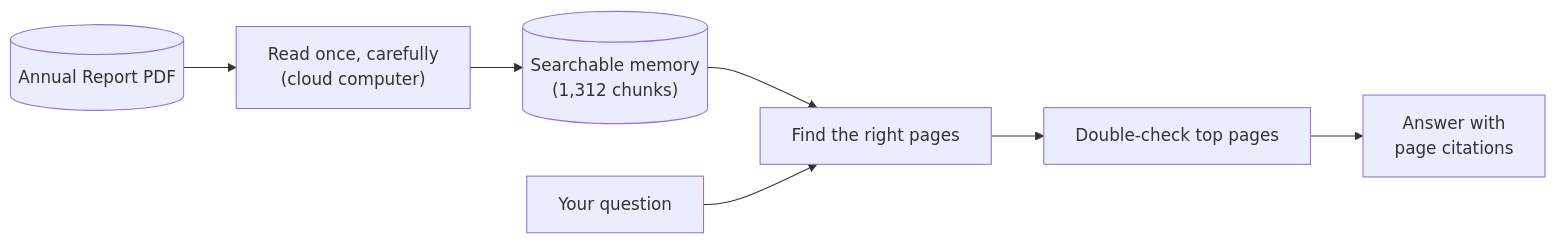
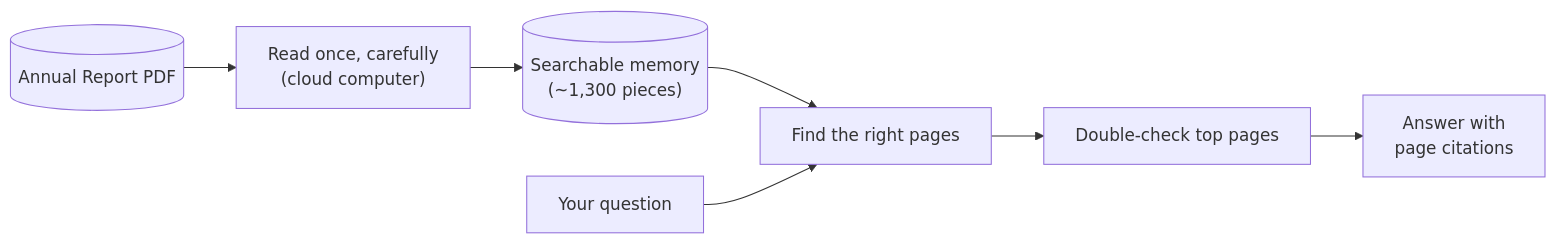
Before and after one commit to Skywalker1080/production-rag: the first of 2 diagrams in README.md, drawn with Mermaid. The commit also changed other lines of this file and 1 other file, not shown here.

Commit message:
Docs: recruiter-friendly README + full architecture diagram (delta, S3, cache, GPU, E14)

````diff
--- a/README.md
+++ b/README.md
@@ -21,9 +25,9 @@
 ```mermaid
 flowchart LR
     PDF[("Annual Report PDF")] --> READ["Read once, carefully<br/>(cloud computer)"]
-    READ --> DB[("Searchable memory<br/>(1,312 chunks)")]
+    READ --> DB[("Searchable memory<br/>(~1,300 pieces)")]
     DB --> FIND["Find the right pages"]
     FIND --> CHECK["Double-check top pages"]
     CHECK --> ANSWER["Answer with<br/>page citations"]
     Q["Your question"] --> FIND
 ```
````
